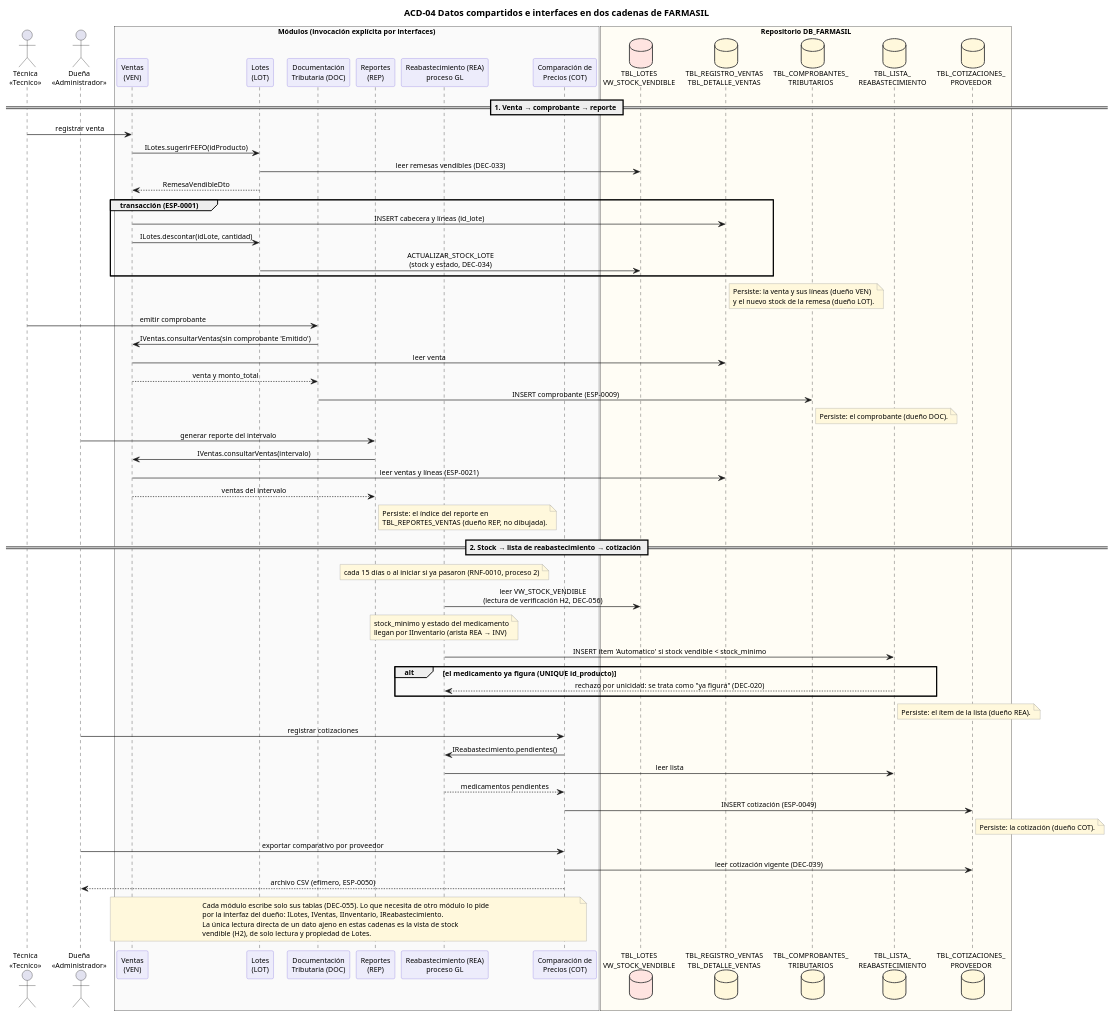
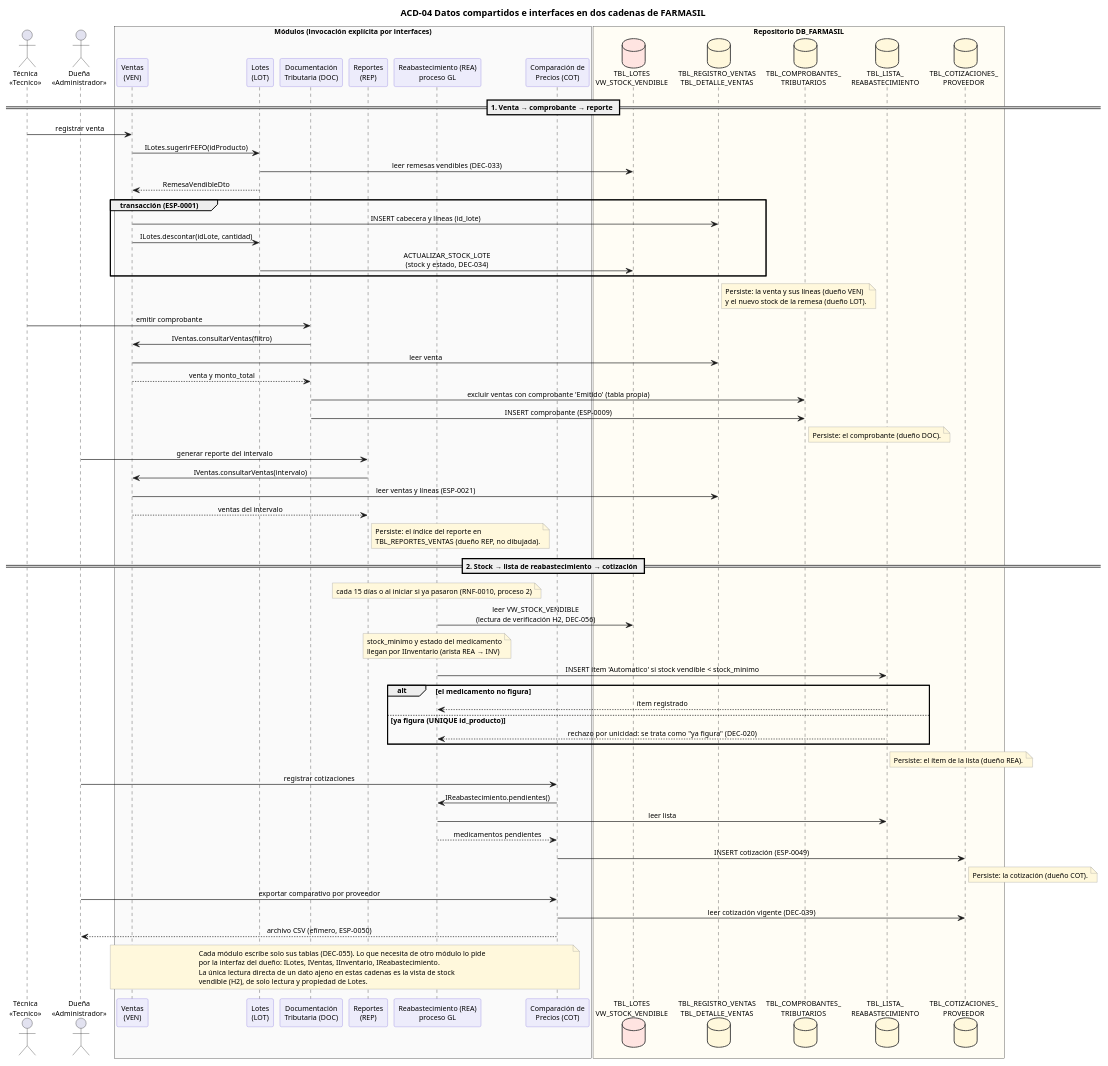
One commit to Luis-Ayben-Chahua-Charca/Farmasil_App changed the diagram in docs/diagramas/plaintext-CentradaDatos/ACD-04_DatosCompartidosInterfaces.puml. Above: the diagram before and after it, drawn with PlantUML. The commit also changed 11 other files, not shown here.

First line of the commit message:
docs(arquitectura): completar la arquitectura centrada en datos con DEC-058 y DEC-059

```diff
--- a/docs/diagramas/plaintext-CentradaDatos/ACD-04_DatosCompartidosInterfaces.puml
+++ b/docs/diagramas/plaintext-CentradaDatos/ACD-04_DatosCompartidosInterfaces.puml
@@ -1,98 +1,101 @@
 @startuml ACD-04_DatosCompartidosInterfaces
-' Arquitectura centrada en datos FARMASIL_APP — ACD-04 Datos compartidos e interfaces en dos cadenas — v00.02 (borrador)
+' Arquitectura centrada en datos FARMASIL_APP — ACD-04 Datos compartidos e interfaces en dos cadenas — v01.00
 ' Los módulos se invocan por las dependencias de la arquitectura genérica (VL-04) y comparten el
 ' repositorio DB_FARMASIL. En cada paso se indica qué dato persiste en el repositorio y por qué
 ' interfaz lo obtiene el módulo siguiente. Cadenas: venta → comprobante → reporte, y
 ' stock → lista de reabastecimiento → cotización.
 ' Fuentes: ESP-0001, ESP-0009, ESP-0021, ESP-0045, ESP-0049, ESP-0050, RNF-0010 v04.00,
 ' VL-04, DEC-020, DEC-034, DEC-040, DEC-044, DEC-055, DEC-056.
 skinparam shadowing false
 skinparam defaultFontName Arial
 skinparam defaultFontSize 11
 skinparam sequenceMessageAlign center
 skinparam participant {
   BorderColor #8577E0
   BackgroundColor #EDECFB
 }
 skinparam database {
   BorderColor #444444
   BackgroundColor #FFF8DC
 }
 skinparam noteBackgroundColor #FFF8DC
 skinparam noteBorderColor #999999
 
 title ACD-04 Datos compartidos e interfaces en dos cadenas de FARMASIL
 
 actor "Técnica\n<<Tecnico>>" as TEC
 actor "Dueña\n<<Administrador>>" as DUE
 box "Módulos (invocación explícita por interfaces)" #FAFAFA
   participant "Ventas\n(VEN)" as VEN
   participant "Lotes\n(LOT)" as LOT
   participant "Documentación\nTributaria (DOC)" as DOC
   participant "Reportes\n(REP)" as REP
   participant "Reabastecimiento (REA)\nproceso GL" as REA
   participant "Comparación de\nPrecios (COT)" as COT
 end box
 box "Repositorio DB_FARMASIL" #FFFDF5
   database "TBL_LOTES\nVW_STOCK_VENDIBLE" as TLOT #FFE4E1
   database "TBL_REGISTRO_VENTAS\nTBL_DETALLE_VENTAS" as TRV
   database "TBL_COMPROBANTES_\nTRIBUTARIOS" as TCMP
   database "TBL_LISTA_\nREABASTECIMIENTO" as TLRE
   database "TBL_COTIZACIONES_\nPROVEEDOR" as TCOT
 end box
 
 == 1. Venta → comprobante → reporte ==
 TEC -> VEN : registrar venta
 VEN -> LOT : ILotes.sugerirFEFO(idProducto)
 LOT -> TLOT : leer remesas vendibles (DEC-033)
 LOT --> VEN : RemesaVendibleDto
 group transacción (ESP-0001)
   VEN -> TRV : INSERT cabecera y líneas (id_lote)
   VEN -> LOT : ILotes.descontar(idLote, cantidad)
   LOT -> TLOT : ACTUALIZAR_STOCK_LOTE\n(stock y estado, DEC-034)
 end
 note right of TRV
   Persiste: la venta y sus líneas (dueño VEN)
   y el nuevo stock de la remesa (dueño LOT).
 end note
 
 TEC -> DOC : emitir comprobante
-DOC -> VEN : IVentas.consultarVentas(sin comprobante 'Emitido')
+DOC -> VEN : IVentas.consultarVentas(filtro)
 VEN -> TRV : leer venta
 VEN --> DOC : venta y monto_total
+DOC -> TCMP : excluir ventas con comprobante 'Emitido' (tabla propia)
 DOC -> TCMP : INSERT comprobante (ESP-0009)
 note right of TCMP : Persiste: el comprobante (dueño DOC).
 
 DUE -> REP : generar reporte del intervalo
 REP -> VEN : IVentas.consultarVentas(intervalo)
 VEN -> TRV : leer ventas y líneas (ESP-0021)
 VEN --> REP : ventas del intervalo
 note right of REP : Persiste: el índice del reporte en\nTBL_REPORTES_VENTAS (dueño REP, no dibujada).
 
 == 2. Stock → lista de reabastecimiento → cotización ==
 note over REA : cada 15 días o al iniciar si ya pasaron (RNF-0010, proceso 2)
 REA -> TLOT : leer VW_STOCK_VENDIBLE\n(lectura de verificación H2, DEC-056)
 note over REA : stock_minimo y estado del medicamento\nllegan por IInventario (arista REA → INV)
 REA -> TLRE : INSERT ítem 'Automatico' si stock vendible < stock_minimo
-alt el medicamento ya figura (UNIQUE id_producto)
+alt el medicamento no figura
+  TLRE --> REA : ítem registrado
+else ya figura (UNIQUE id_producto)
   TLRE --> REA : rechazo por unicidad: se trata como "ya figura" (DEC-020)
 end
 note right of TLRE : Persiste: el ítem de la lista (dueño REA).
 
 DUE -> COT : registrar cotizaciones
 COT -> REA : IReabastecimiento.pendientes()
 REA -> TLRE : leer lista
 REA --> COT : medicamentos pendientes
 COT -> TCOT : INSERT cotización (ESP-0049)
 note right of TCOT : Persiste: la cotización (dueño COT).
 DUE -> COT : exportar comparativo por proveedor
 COT -> TCOT : leer cotización vigente (DEC-039)
 COT --> DUE : archivo CSV (efímero, ESP-0050)
 
 note over VEN, COT
   Cada módulo escribe solo sus tablas (DEC-055). Lo que necesita de otro módulo lo pide
   por la interfaz del dueño: ILotes, IVentas, IInventario, IReabastecimiento.
   La única lectura directa de un dato ajeno en estas cadenas es la vista de stock
   vendible (H2), de solo lectura y propiedad de Lotes.
 end note
 @enduml
```
